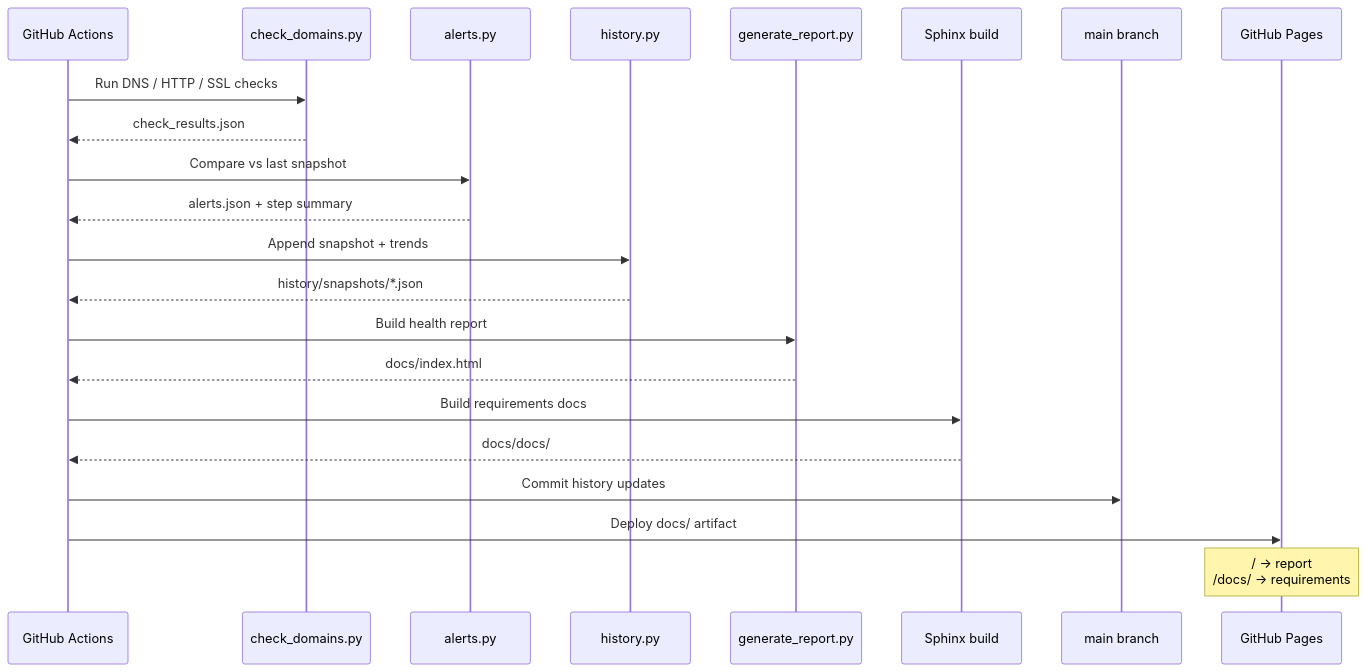
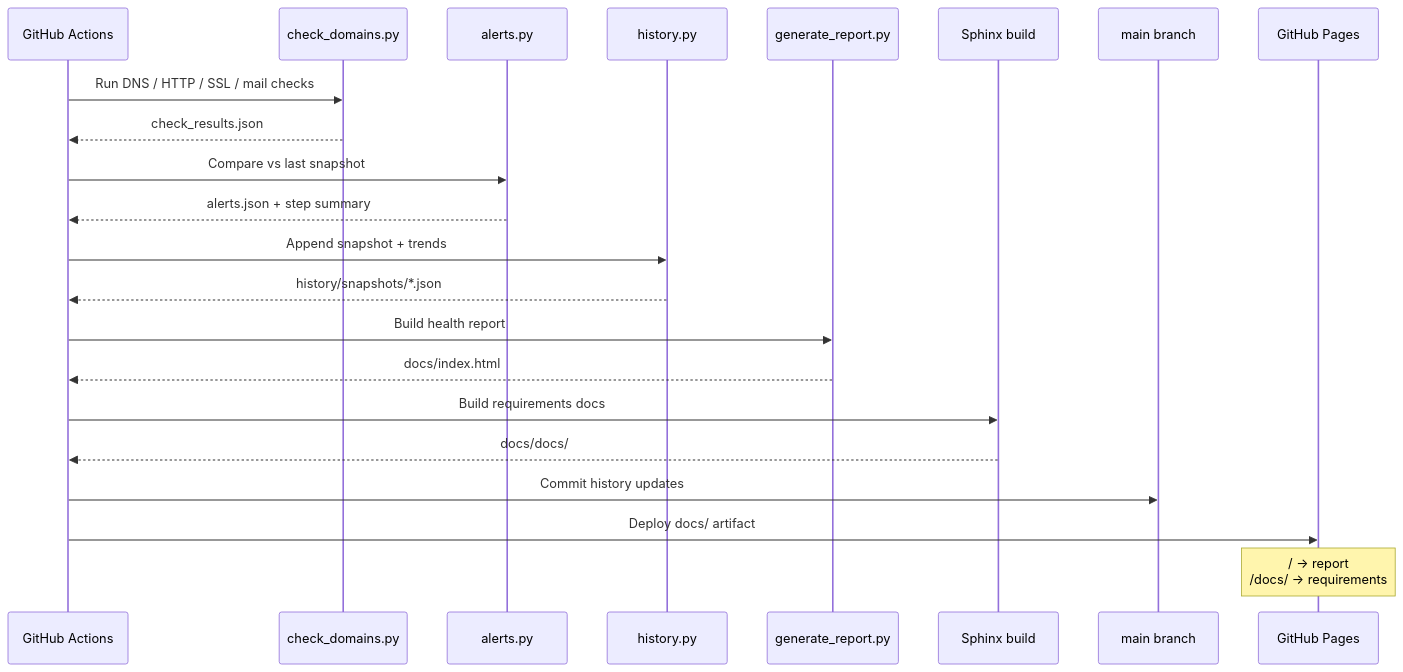
Before and after one commit to hubertba/website-health: the second of 6 diagrams in requirements-docs/diagrams.rst, drawn with Mermaid. The commit also changed other lines of this file and 20 other files, not shown here.

```diff
--- a/requirements-docs/diagrams.rst
+++ b/requirements-docs/diagrams.rst
@@ -62,25 +66,25 @@
 .. mermaid::
 
    sequenceDiagram
      participant GHA as GitHub Actions
      participant Check as check_domains.py
      participant Alert as alerts.py
      participant Hist as history.py
      participant Gen as generate_report.py
      participant Sphinx as Sphinx build
      participant Git as main branch
      participant Pages as GitHub Pages
 
-     GHA->>Check: Run DNS / HTTP / SSL checks
+     GHA->>Check: Run DNS / HTTP / SSL / mail checks
      Check-->>GHA: check_results.json
      GHA->>Alert: Compare vs last snapshot
      Alert-->>GHA: alerts.json + step summary
      GHA->>Hist: Append snapshot + trends
      Hist-->>GHA: history/snapshots/*.json
      GHA->>Gen: Build health report
      Gen-->>GHA: docs/index.html
      GHA->>Sphinx: Build requirements docs
      Sphinx-->>GHA: docs/docs/
      GHA->>Git: Commit history updates
      GHA->>Pages: Deploy docs/ artifact
      Note over Pages: / → report<br/>/docs/ → requirements
```
